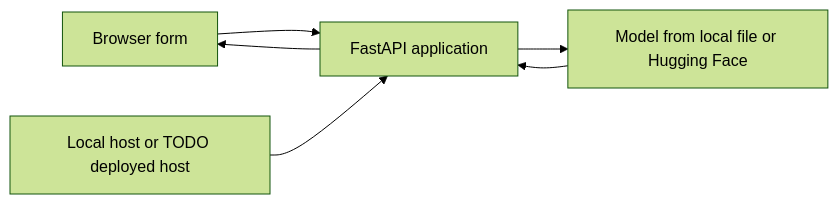
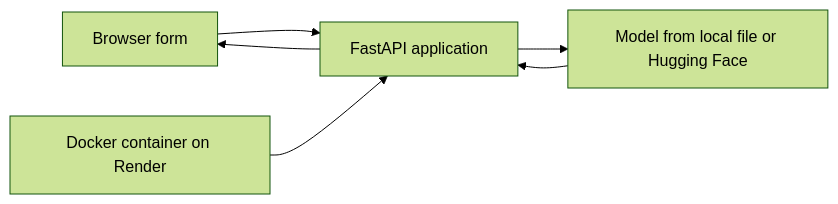
One commit to Cyrusz55/TYPE_2_DIABETES_PREDICTION_PROJECT changed the first of 2 diagrams in README.md. Above: the diagram before and after it, drawn with Mermaid (forest theme). The commit also changed other lines of this file and 5 other files, not shown here.

````diff
--- a/README.md
+++ b/README.md
@@ -24,8 +21,8 @@
 ```mermaid
 flowchart LR
     Browser[Browser form] --> FastAPI[FastAPI application]
     FastAPI --> Model[Model from local file or Hugging Face]
     Model --> FastAPI
     FastAPI --> Browser
-    Hosting[Local host or TODO deployed host] --> FastAPI
+    Hosting[Docker container on Render] --> FastAPI
 ```
````
